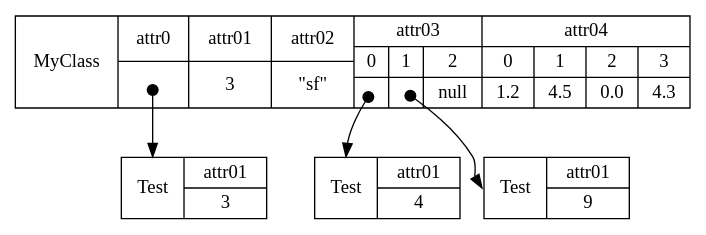
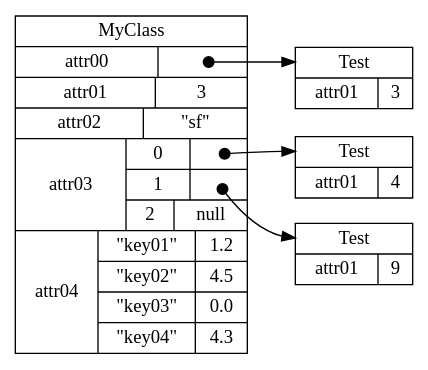
One commit to mathieu-bergeron/aiguilleur changed the diagram in object_graph_example.dot. Above: the diagram before and after it, drawn with Graphviz. The commit also changed 1 other file, not shown here.

```diff
--- a/object_graph_example.dot
+++ b/object_graph_example.dot
@@ -1,17 +1,16 @@
 digraph "MockLinkedList" {
-    //graph ["rankdir"="LR","compound"="true"]
-    graph []
+    graph ["rankdir"="LR","compound"="true"]
 
     "B" [shape="record","label"="<Test@1>Test|{attr01|3}"];
     "C" [shape="record","label"="<Test@2>Test|{attr01|4}"];
     "D" [shape="record","label"="<Test@3>Test|{attr01|9}"];
 
-    "A" [shape="record","label"="MyClass|{attr0|<A-attr_0>}|{attr01|3}|{attr02|\"sf\"}|{attr03|{{0|<port01>}|{1|<port02>}|{2|null}}}|{attr04|{{0|1.2}|{1|4.5}|{2|0.0}|{3|4.3}}}","style"="filled","fillcolor"="white"];
+    "A" [shape="record","label"="MyClass|{attr00|<A-attr_0>}|{attr01|3}|{attr02|\"sf\"}|{attr03|{{0|<port01>}|{1|<port02>}|{2|null}}}|{attr04|{{\"key01\"|1.2}|{\"key02\"|4.5}|{\"key03\"|0.0}|{\"key04\"|4.3}}}","style"="filled","fillcolor"="white"];
 
 
 
     "A":"A-attr_0":c -> "B":"Test@1" ["tailclip"="false", "arrowtail"="dot", "dir"="both"];
     "A":"port01":c -> "C":"Test@2" ["tailclip"="false", "arrowtail"="dot", "dir"="both"];
     "A":"port02":c -> "D":"Test@3" ["tailclip"="false", "arrowtail"="dot", "dir"="both"];
 
 }
```
